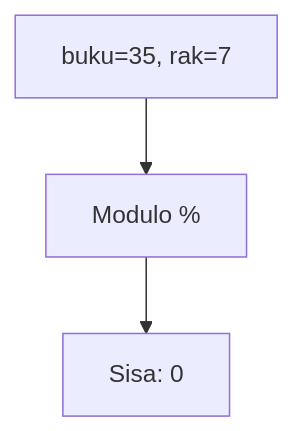
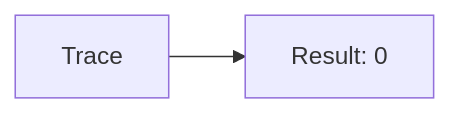
Before and after one commit to amnahwaida/OSNK_INF_PREP: diagram 14 of 25 in part-c-pemahaman-cpp/01-tipe-data/latihan/set-09.md, drawn with Mermaid. The commit also changed other lines of this file and 71 other files, not shown here.

````diff
--- a/part-c-pemahaman-cpp/01-tipe-data/latihan/set-09.md
+++ b/part-c-pemahaman-cpp/01-tipe-data/latihan/set-09.md
@@ -395,5 +295,4 @@
 ```mermaid
-graph TD
-A["buku=35, rak=7"] --> B["Modulo %"]
-B --> C["Sisa: 0"]
+graph LR
+A[Trace] --> B[Result: 0]
 ```
````
